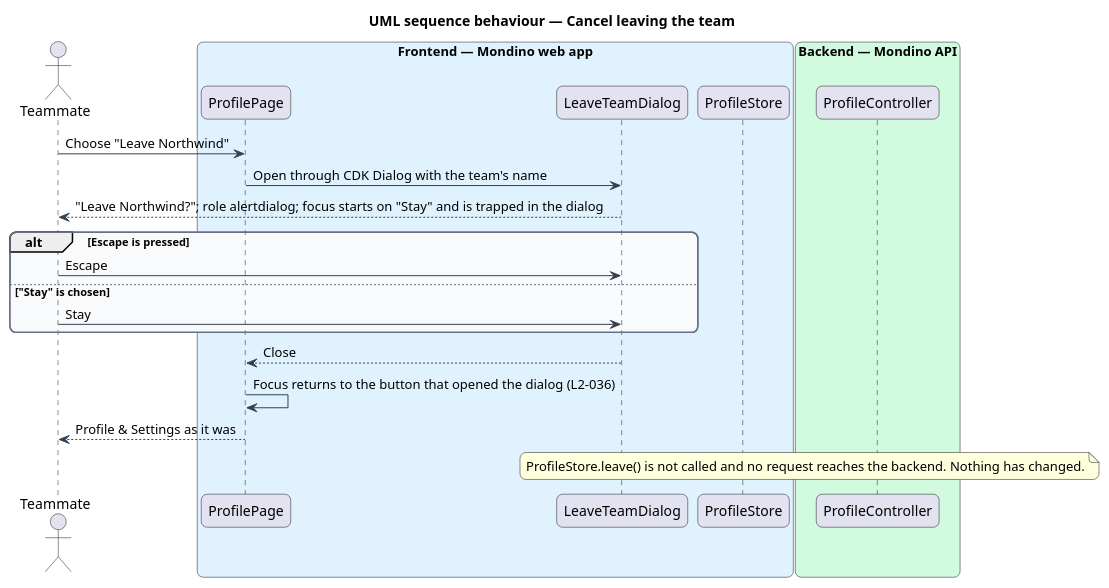
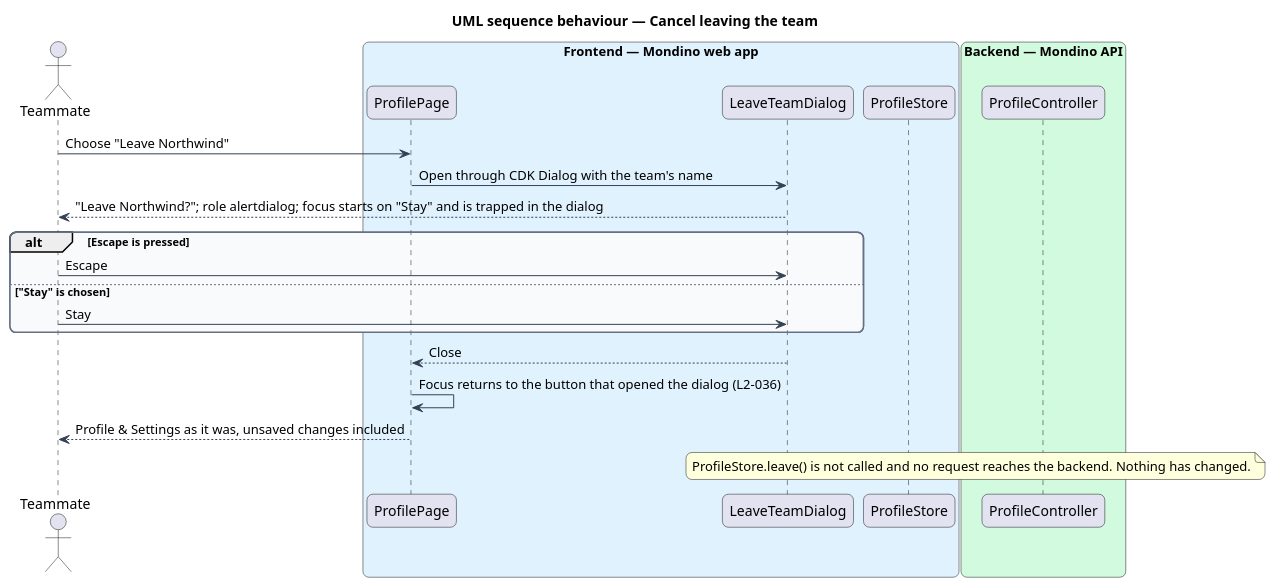
One commit to QuinntyneBrown/Mondino changed the diagram in docs/detailed-designs/profile/leave-team/diagrams/sequence-cancel-leave.puml. Above: the diagram before and after it, drawn with PlantUML. The commit also changed 16 other files, not shown here.

```diff
--- a/docs/detailed-designs/profile/leave-team/diagrams/sequence-cancel-leave.puml
+++ b/docs/detailed-designs/profile/leave-team/diagrams/sequence-cancel-leave.puml
@@ -1,38 +1,38 @@
 @startuml
 title UML sequence behaviour — Cancel leaving the team
 skinparam backgroundColor #FFFFFF
 skinparam shadowing false
 skinparam roundcorner 12
 skinparam defaultFontName Arial
 skinparam ArrowColor #344054
 skinparam rectangle {
   BorderColor #344054
   FontColor #101828
 }
 skinparam package {
   BorderColor #667085
   FontColor #101828
   BackgroundColor #F9FAFB
 }
 actor "Teammate" as actor
 box "Frontend — Mondino web app" #E0F2FE
   participant "ProfilePage" as page
   participant "LeaveTeamDialog" as dialog
   participant "ProfileStore" as store
 end box
 box "Backend — Mondino API" #D1FADF
   participant "ProfileController" as controller
 end box
 actor -> page : Choose "Leave Northwind"
 page -> dialog : Open through CDK Dialog with the team's name
 dialog --> actor : "Leave Northwind?"; role alertdialog; focus starts on "Stay" and is trapped in the dialog
 alt Escape is pressed
   actor -> dialog : Escape
 else "Stay" is chosen
   actor -> dialog : Stay
 end
 dialog --> page : Close
 page -> page : Focus returns to the button that opened the dialog (L2-036)
-page --> actor : Profile & Settings as it was
+page --> actor : Profile & Settings as it was, unsaved changes included
 note over store, controller : ProfileStore.leave() is not called and no request reaches the backend. Nothing has changed.
 @enduml
```
